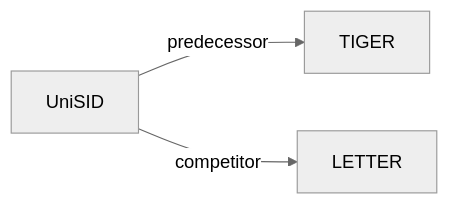
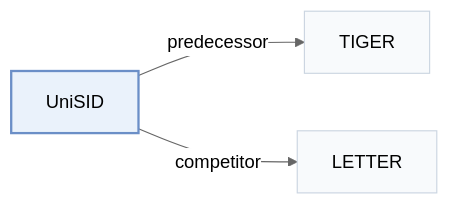
One commit to Galaxy-ghost/Awesome-SID-Generative-Rec changed the second of 2 diagrams in pages/papers/unisid.md. Above: the diagram before and after it, drawn with Mermaid (neutral theme). The commit also changed other lines of this file and 649 other files, not shown here.

Commit message:
writer-05: also tags and modality index (schema, check, build, visuals); summary field removed; calibration data for 12 papers

````diff
--- a/pages/papers/unisid.md
+++ b/pages/papers/unisid.md
@@ -67,6 +70,10 @@
 ```mermaid
 flowchart LR
     P["UniSID"]
-    P -->|predecessor| A["TIGER"]
-    P -->|competitor| B["LETTER"]
+    P -->|"predecessor"| A["TIGER"]
+    P -->|"competitor"| B["LETTER"]
+    classDef main fill:#eaf2fb,stroke:#6b8fc7,stroke-width:2px
+    classDef peer fill:#f8fafc,stroke:#cbd5e1
+    class P main
+    class A,B peer
 ```
````
